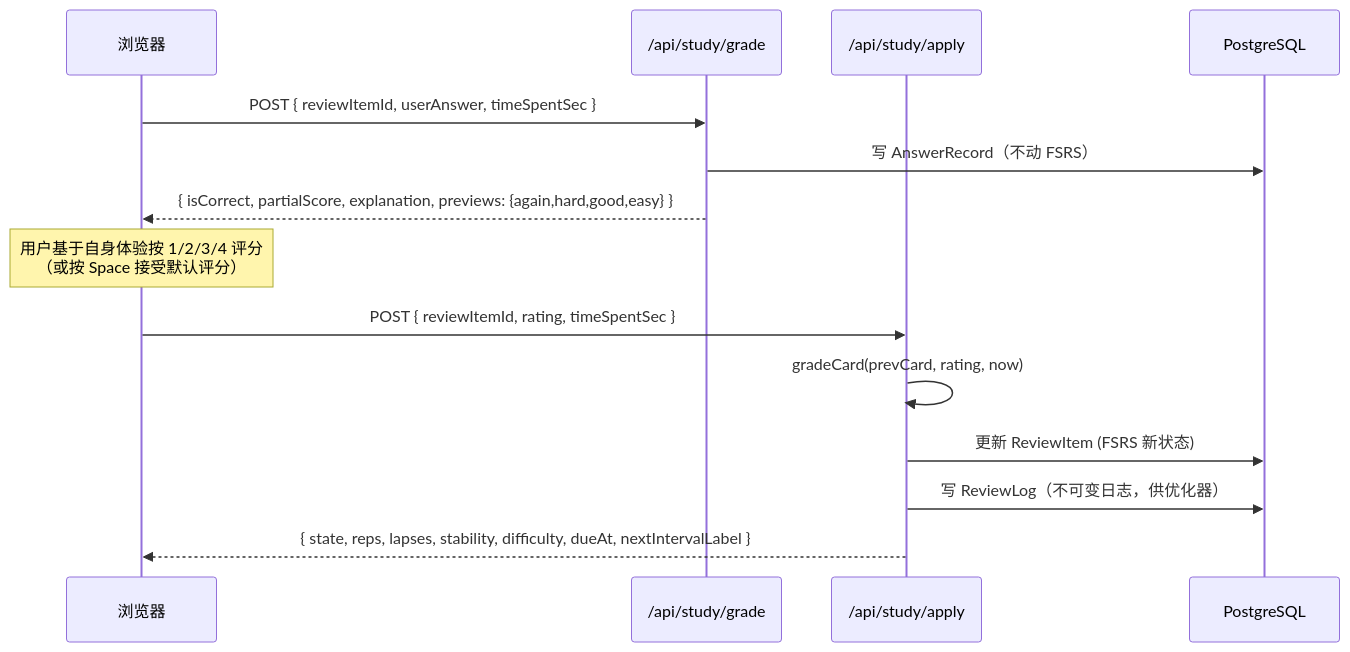
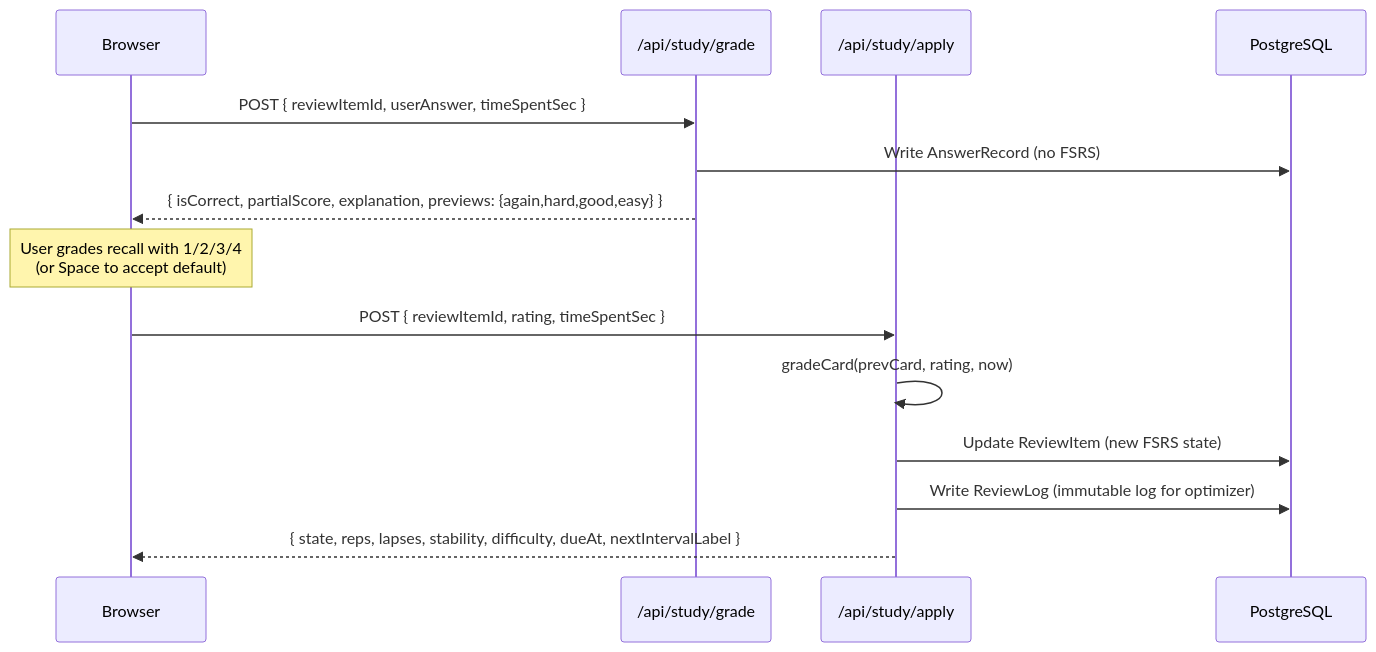
Before and after one commit to weed33834/compass: the diagram in README.md, drawn with Mermaid. The commit also changed other lines of this file and 4 other files, not shown here.

````diff
--- a/README.md
+++ b/README.md
@@ -85,19 +90,19 @@
 ```mermaid
 sequenceDiagram
-    participant U as 浏览器
+    participant U as Browser
     participant G as /api/study/grade
     participant A as /api/study/apply
     participant DB as PostgreSQL
 
     U->>G: POST { reviewItemId, userAnswer, timeSpentSec }
-    G->>DB: 写 AnswerRecord（不动 FSRS）
+    G->>DB: Write AnswerRecord (no FSRS)
     G-->>U: { isCorrect, partialScore, explanation, previews: {again,hard,good,easy} }
 
-    Note over U: 用户基于自身体验按 1/2/3/4 评分<br/>（或按 Space 接受默认评分）
+    Note over U: User grades recall with 1/2/3/4<br/>(or Space to accept default)
 
     U->>A: POST { reviewItemId, rating, timeSpentSec }
     A->>A: gradeCard(prevCard, rating, now)
-    A->>DB: 更新 ReviewItem (FSRS 新状态)
-    A->>DB: 写 ReviewLog（不可变日志，供优化器）
+    A->>DB: Update ReviewItem (new FSRS state)
+    A->>DB: Write ReviewLog (immutable log for optimizer)
     A-->>U: { state, reps, lapses, stability, difficulty, dueAt, nextIntervalLabel }
 ```
````
